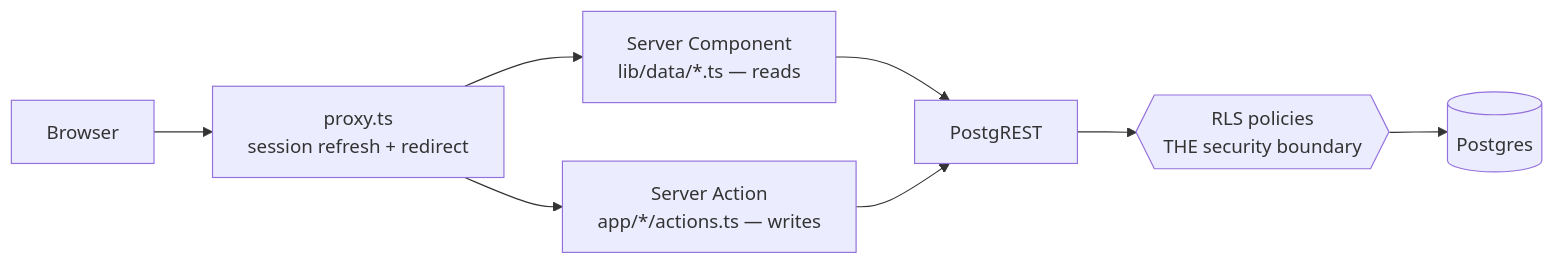
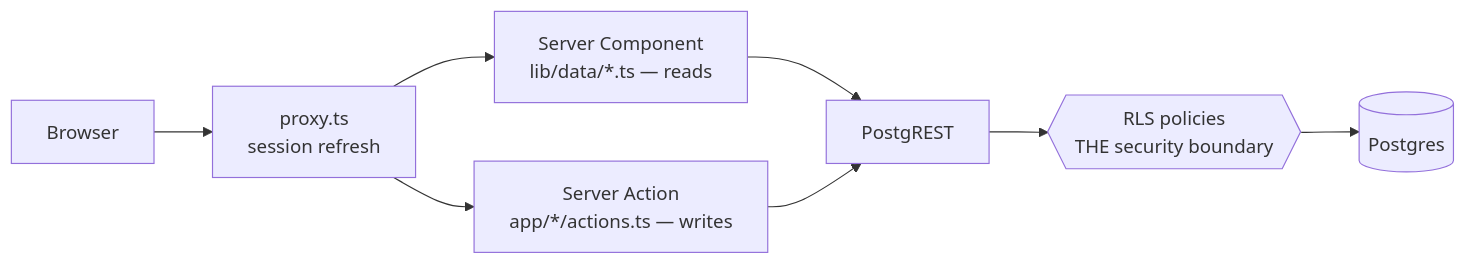
Before and after one commit to sebetancurch/rollercoast-credit-count: the diagram in docs/Creddit Count TDD.md, drawn with Mermaid. The commit also changed other lines of this file and 4 other files, not shown here.

````diff
--- a/docs/Creddit Count TDD.md
+++ b/docs/Creddit Count TDD.md
@@ -61,10 +17,10 @@
 ```mermaid
 flowchart LR
-    B[Browser] --> P["proxy.ts<br/>session refresh + redirect"]
+    B[Browser] --> P["proxy.ts<br/>session refresh"]
     P --> SC["Server Component<br/>lib/data/*.ts — reads"]
     P --> SA["Server Action<br/>app/*/actions.ts — writes"]
     SC --> R[PostgREST]
     SA --> R
     R --> RLS{{"RLS policies<br/>THE security boundary"}}
     RLS --> PG[(Postgres)]
 ```
````
